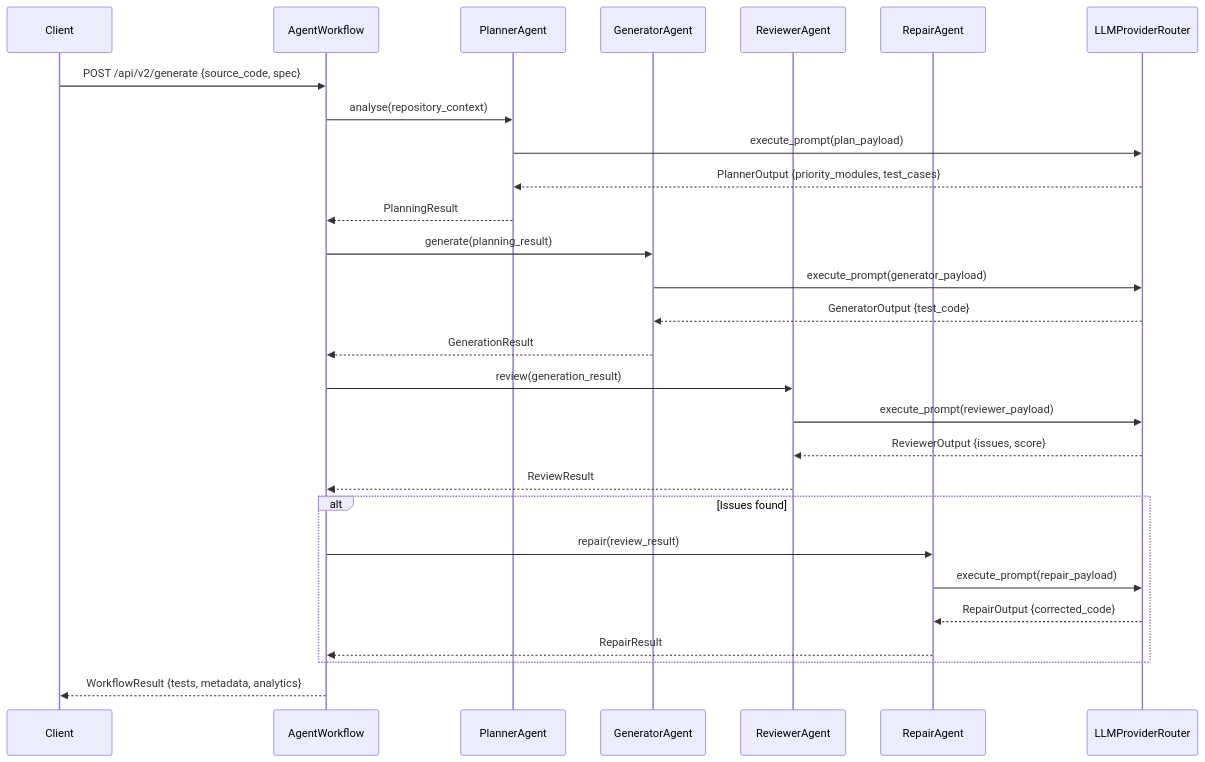
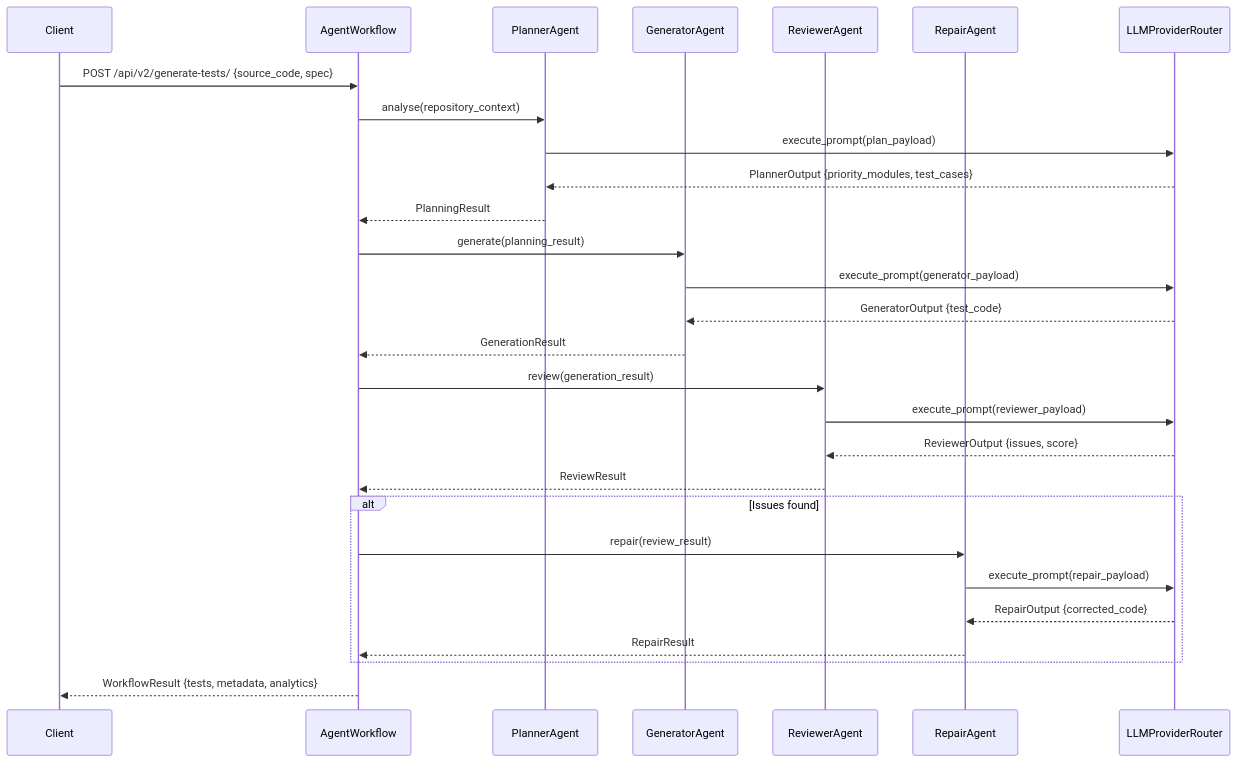
Before and after one commit to Tejas2913/TestGenAI: the second of 3 diagrams in README.md, drawn with Mermaid. The commit also changed other lines of this file, not shown here.

Commit message:
docs: refine README claims and API documentation

````diff
--- a/README.md
+++ b/README.md
@@ -99,35 +99,35 @@
 ```mermaid
 sequenceDiagram
     participant C as Client
     participant W as AgentWorkflow
     participant P as PlannerAgent
     participant G as GeneratorAgent
     participant R as ReviewerAgent
     participant X as RepairAgent
     participant L as LLMProviderRouter
 
-    C->>W: POST /api/v2/generate {source_code, spec}
+    C->>W: POST /api/v2/generate-tests/ {source_code, spec}
     W->>P: analyse(repository_context)
     P->>L: execute_prompt(plan_payload)
     L-->>P: PlannerOutput {priority_modules, test_cases}
     P-->>W: PlanningResult
 
     W->>G: generate(planning_result)
     G->>L: execute_prompt(generator_payload)
     L-->>G: GeneratorOutput {test_code}
     G-->>W: GenerationResult
 
     W->>R: review(generation_result)
     R->>L: execute_prompt(reviewer_payload)
     L-->>R: ReviewerOutput {issues, score}
     R-->>W: ReviewResult
 
     alt Issues found
         W->>X: repair(review_result)
         X->>L: execute_prompt(repair_payload)
         L-->>X: RepairOutput {corrected_code}
         X-->>W: RepairResult
     end
 
     W-->>C: WorkflowResult {tests, metadata, analytics}
 ```
````
